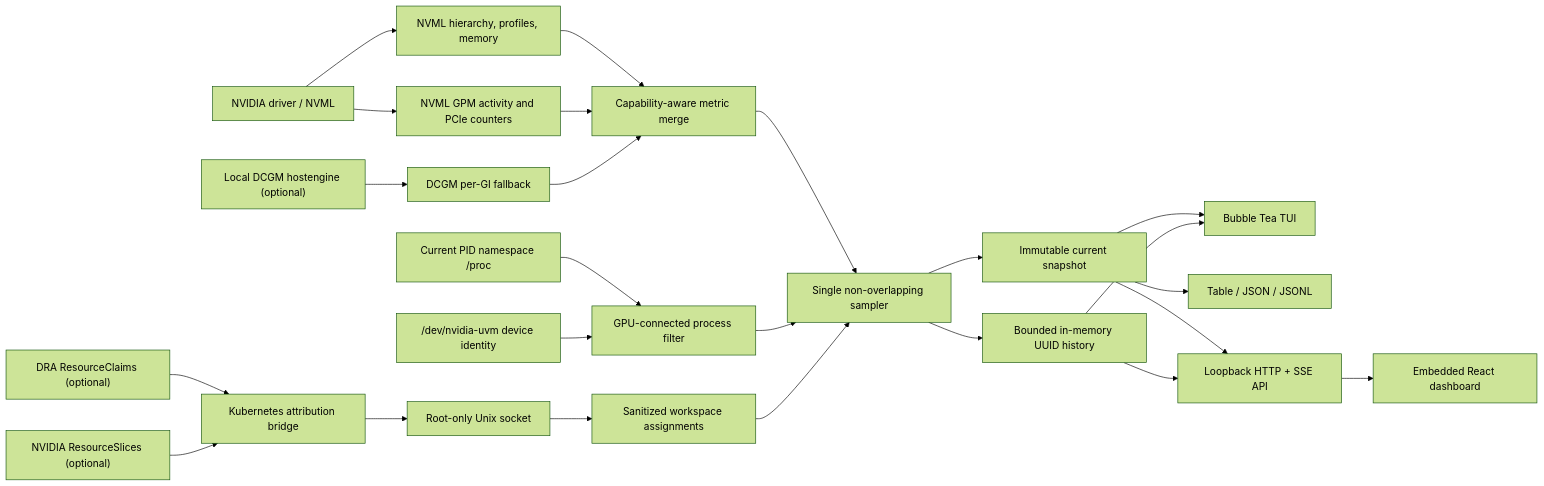
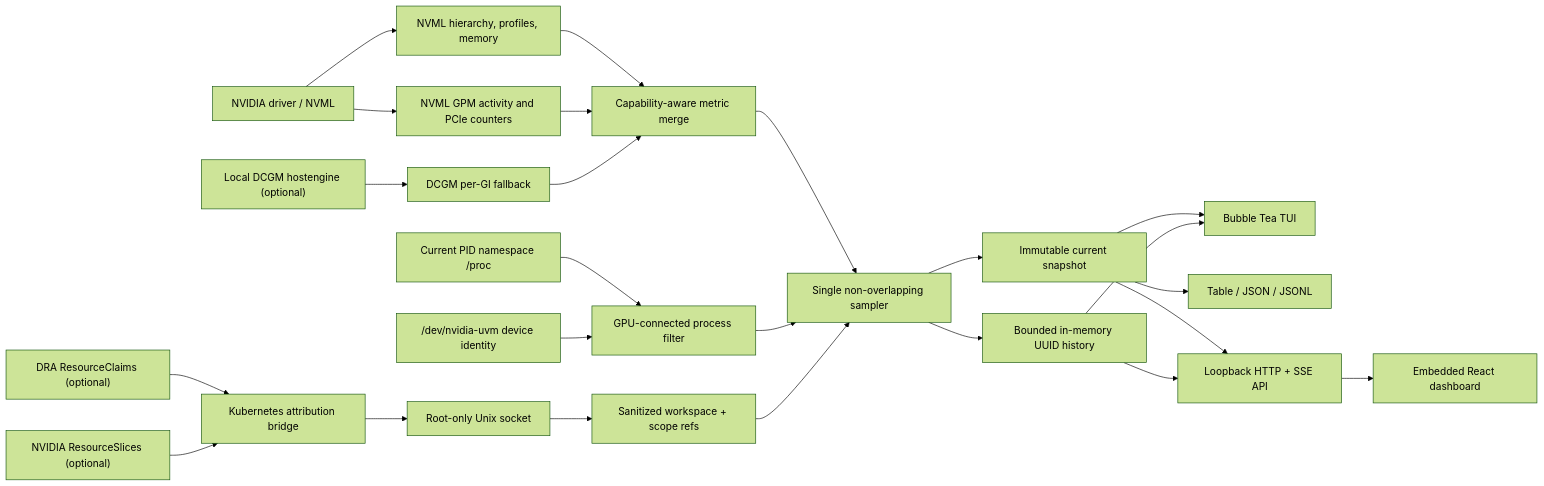
One commit to intellisys-stevens/leviathan changed the diagram in docs/assets/architecture.mmd. Above: the diagram before and after it, drawn with Mermaid (forest theme). The commit also changed 65 other files, not shown here.

```diff
--- a/docs/assets/architecture.mmd
+++ b/docs/assets/architecture.mmd
@@ -1,27 +1,27 @@
 flowchart LR
   driver["NVIDIA driver / NVML"] --> nvml["NVML hierarchy, profiles, memory"]
   driver --> gpm["NVML GPM activity and PCIe counters"]
   hostengine["Local DCGM hostengine (optional)"] --> dcgm["DCGM per-GI fallback"]
   nvml --> merge["Capability-aware metric merge"]
   gpm --> merge
   dcgm --> merge
 
   proc["Current PID namespace /proc"] --> identity["GPU-connected process filter"]
   uvm["/dev/nvidia-uvm device identity"] --> identity
   merge --> sampler["Single non-overlapping sampler"]
   identity --> sampler
 
   claims["DRA ResourceClaims (optional)"] --> bridge["Kubernetes attribution bridge"]
   slices["NVIDIA ResourceSlices (optional)"] --> bridge
   bridge --> socket["Root-only Unix socket"]
-  socket --> attribution["Sanitized workspace assignments"]
+  socket --> attribution["Sanitized workspace + scope refs"]
   attribution --> sampler
 
   sampler --> current["Immutable current snapshot"]
   sampler --> history["Bounded in-memory UUID history"]
   current --> tui["Bubble Tea TUI"]
   current --> cli["Table / JSON / JSONL"]
   current --> api["Loopback HTTP + SSE API"]
   history --> tui
   history --> api
   api --> browser["Embedded React dashboard"]
```
